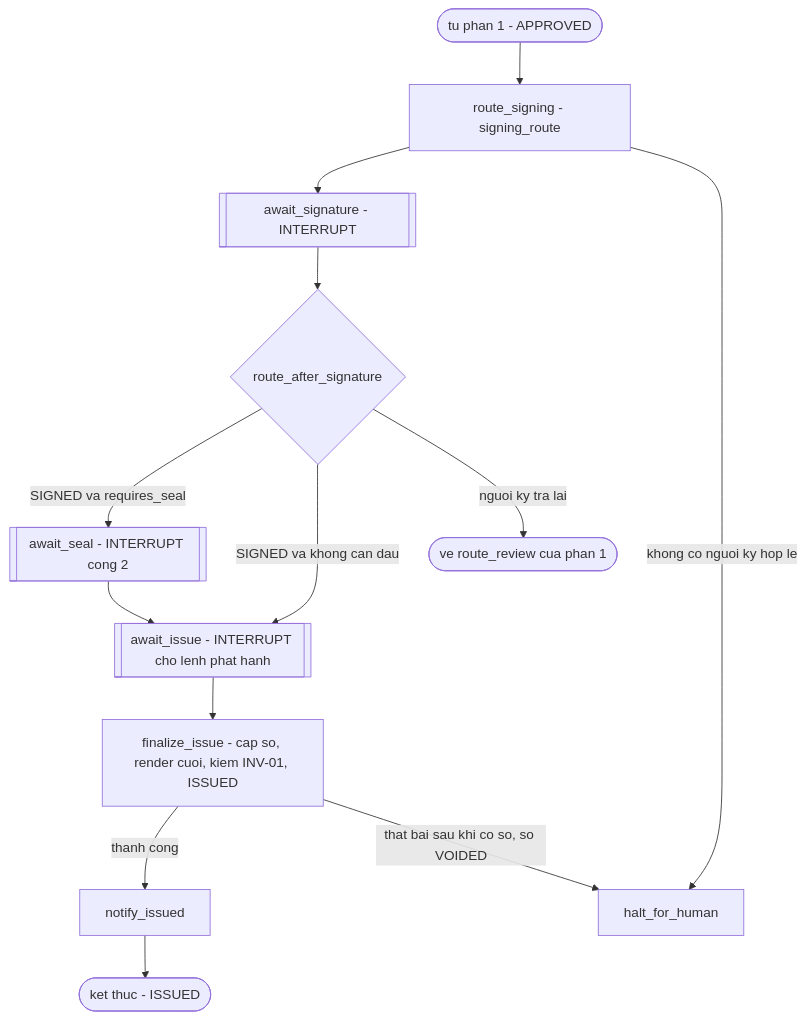
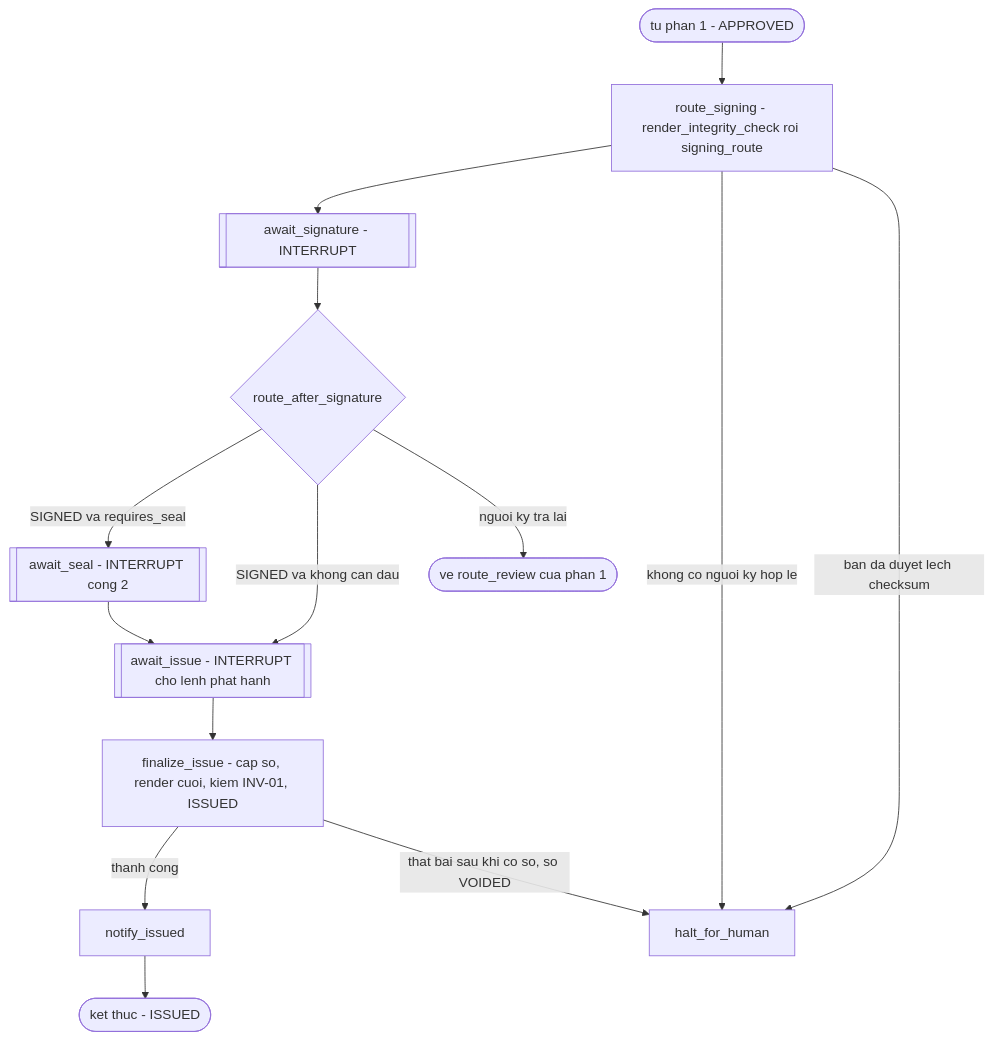
One commit to CongDuc02/AdminServiceDeskAgent changed the third of 3 diagrams in docs/design/03-agents.md. Above: the diagram before and after it, drawn with Mermaid. The commit also changed other lines of this file and 11 other files, not shown here.

````diff
--- a/docs/design/03-agents.md
+++ b/docs/design/03-agents.md
@@ -483,27 +504,28 @@
 ```mermaid
 flowchart TD
     FROM_1([tu phan 1 - APPROVED])
-    route_signing[route_signing - signing_route]
+    route_signing[route_signing - render_integrity_check roi signing_route]
     await_signature[[await_signature - INTERRUPT]]
     route_after_signature{route_after_signature}
     await_seal[[await_seal - INTERRUPT cong 2]]
     await_issue[[await_issue - INTERRUPT cho lenh phat hanh]]
     finalize_issue[finalize_issue - cap so, render cuoi, kiem INV-01, ISSUED]
     notify_issued[notify_issued]
     halt_2[halt_for_human]
     BACK_1([ve route_review cua phan 1])
     END_I([ket thuc - ISSUED])
 
     FROM_1 --> route_signing
     route_signing --> await_signature
     route_signing -->|khong co nguoi ky hop le| halt_2
+    route_signing -->|ban da duyet lech checksum| halt_2
     await_signature --> route_after_signature
     route_after_signature -->|SIGNED va requires_seal| await_seal
     route_after_signature -->|SIGNED va khong can dau| await_issue
     route_after_signature -->|nguoi ky tra lai| BACK_1
     await_seal --> await_issue
     await_issue --> finalize_issue
     finalize_issue -->|thanh cong| notify_issued
     finalize_issue -->|that bai sau khi co so, so VOIDED| halt_2
     notify_issued --> END_I
 ```
````
